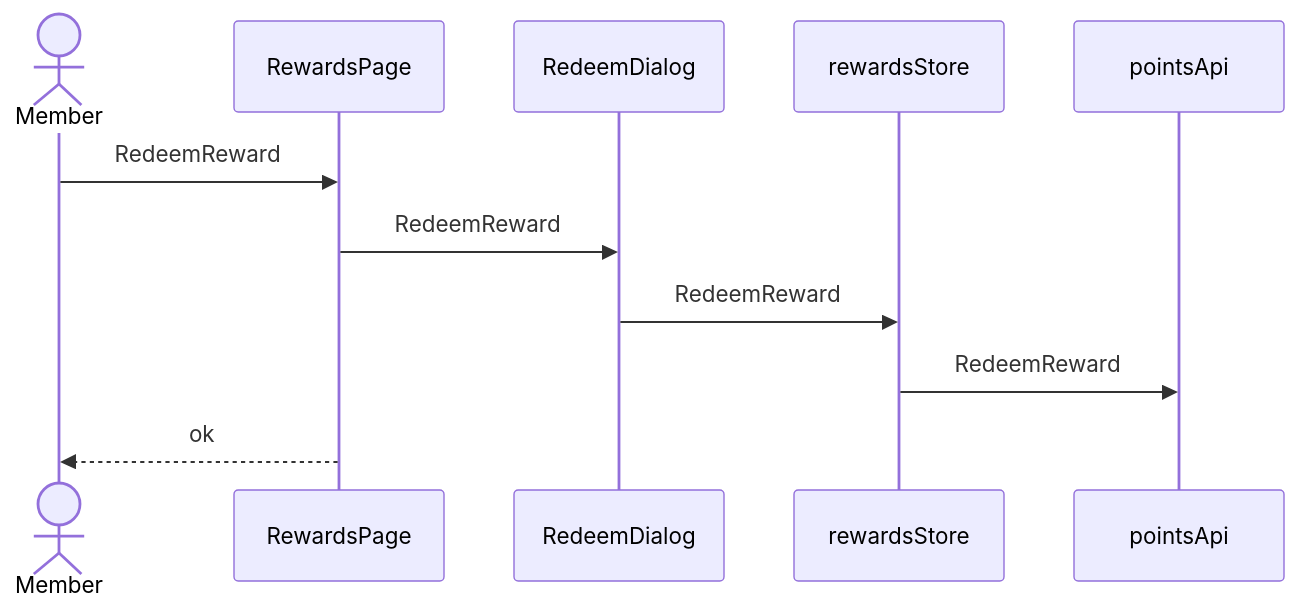
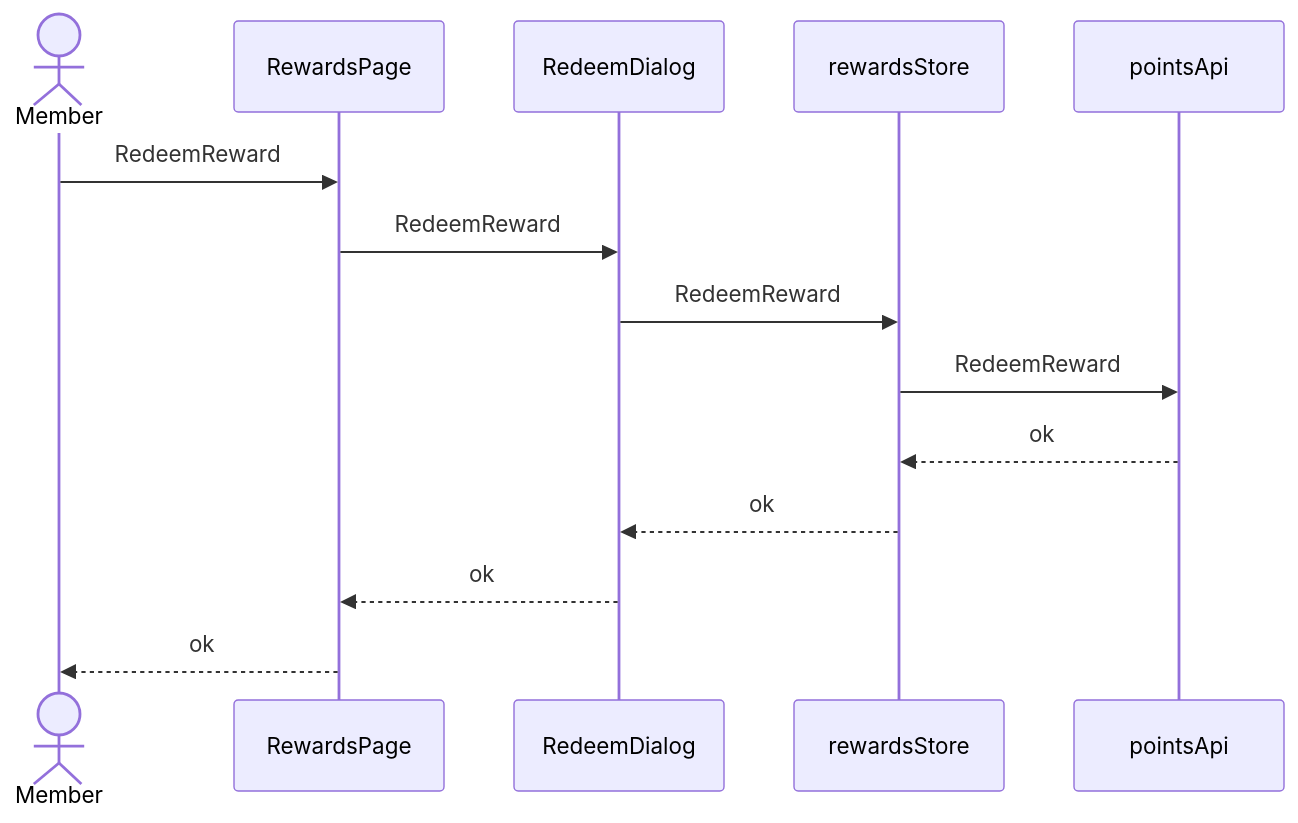
One commit to pin0513/AITools changed the fourth of 6 diagrams in skills/spec-dev-process/examples/matrix/fe-only-mixed-s3/specs/rd/points-redemption/spec/30-architecture-c4.md. Above: the diagram before and after it, drawn with Mermaid. The commit also changed other lines of this file and 257 other files, not shown here.

````diff
--- a/skills/spec-dev-process/examples/matrix/fe-only-mixed-s3/specs/rd/points-redemption/spec/30-architecture-c4.md
+++ b/skills/spec-dev-process/examples/matrix/fe-only-mixed-s3/specs/rd/points-redemption/spec/30-architecture-c4.md
@@ -67,13 +67,16 @@
 ```mermaid
 sequenceDiagram
   actor U as Member
   participant CMP001 as RewardsPage
   participant CMP002 as RedeemDialog
   participant CMP004 as rewardsStore
   participant CMP005 as pointsApi
   U->>CMP001: RedeemReward
   CMP001->>CMP002: RedeemReward
   CMP002->>CMP004: RedeemReward
   CMP004->>CMP005: RedeemReward
+  CMP005-->>CMP004: ok
+  CMP004-->>CMP002: ok
+  CMP002-->>CMP001: ok
   CMP001-->>U: ok
 ```
````
